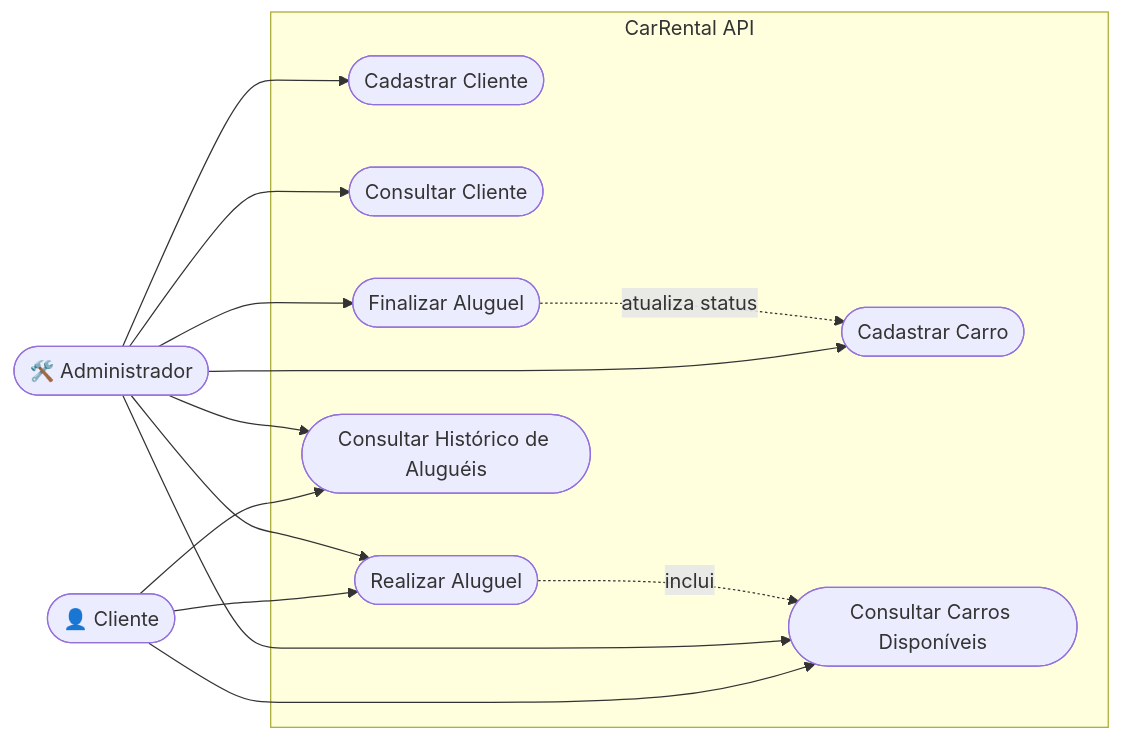
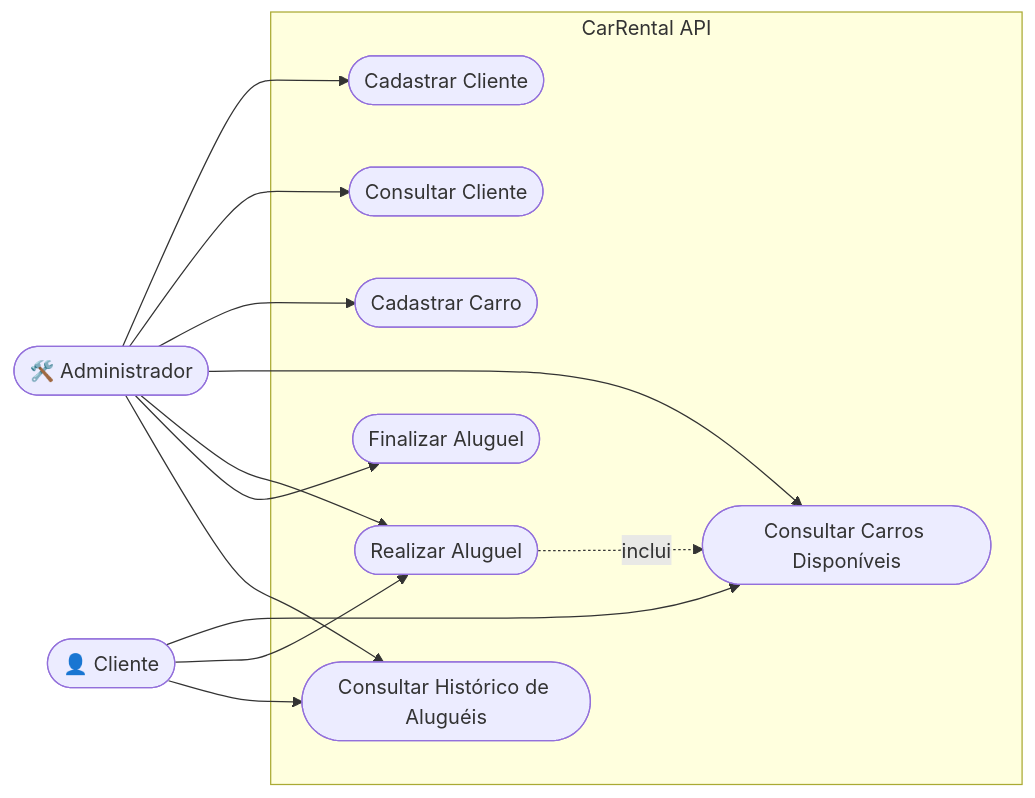
Before and after one commit to Veloce-Rent-a-Car/Veloce-Rent-a-Car: the diagram in docs/etapa1/diagrama-casos-de-uso.md, drawn with Mermaid. The commit also changed other lines of this file and 1 other file, not shown here.

Commit message:
docs: alinhar diagrama e proposta ao escopo sem pagamentos

````diff
--- a/docs/etapa1/diagrama-casos-de-uso.md
+++ b/docs/etapa1/diagrama-casos-de-uso.md
@@ -26,30 +26,29 @@
 ```mermaid
 flowchart LR
     C(["👤 Cliente"])
     A(["🛠️ Administrador"])
 
     subgraph SIS["CarRental API"]
         UC01(["Cadastrar Cliente"])
         UC02(["Consultar Cliente"])
         UC03(["Cadastrar Carro"])
         UC04(["Consultar Carros Disponíveis"])
         UC05(["Realizar Aluguel"])
         UC06(["Finalizar Aluguel"])
         UC07(["Consultar Histórico de Aluguéis"])
     end
 
     C --> UC04
     C --> UC05
     C --> UC07
 
     A --> UC01
     A --> UC02
     A --> UC03
     A --> UC04
     A --> UC05
     A --> UC06
     A --> UC07
 
     UC05 -.->|inclui| UC04
-    UC06 -.->|atualiza status| UC03
 ```
````
